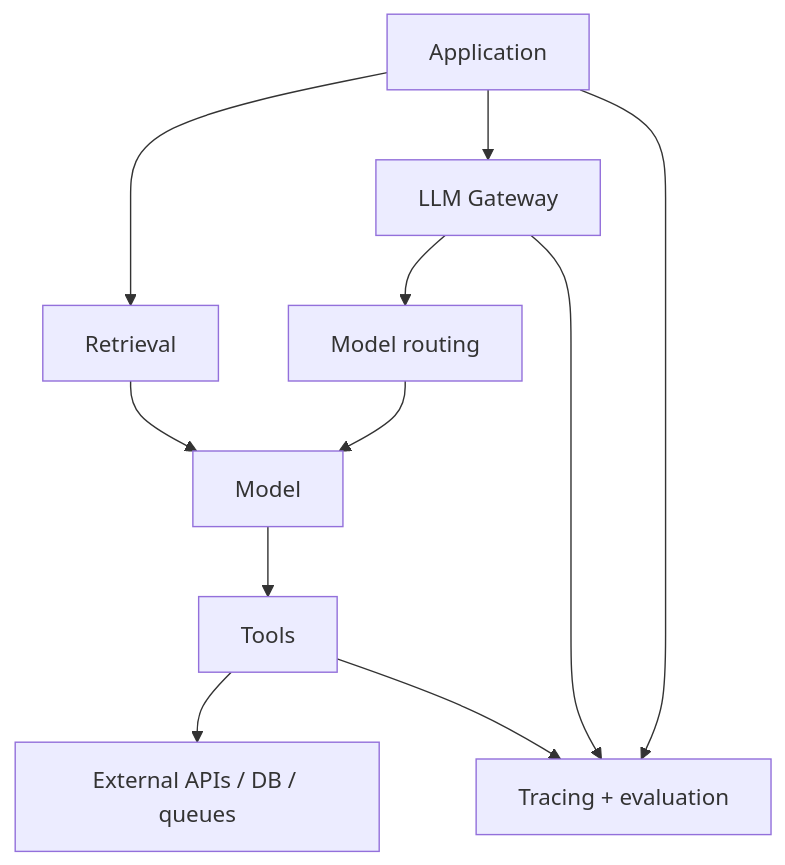
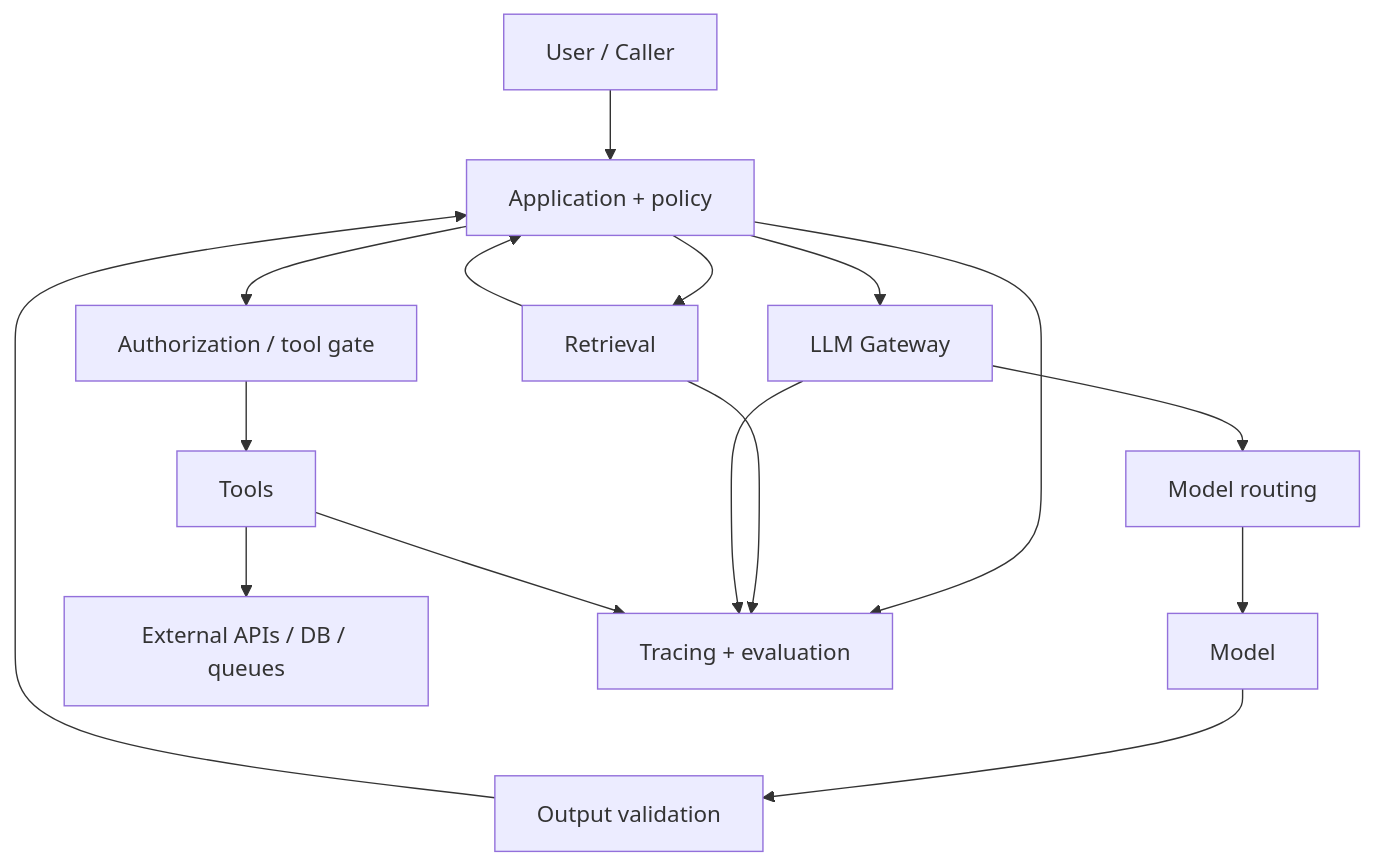
The diagram in ai-engineering/README.md (blasther12/alexandria), drawn with Mermaid before and after one commit. The commit also changed other lines of this file, not shown here.

````diff
--- a/ai-engineering/README.md
+++ b/ai-engineering/README.md
@@ -7,13 +16,18 @@
 ```mermaid
 flowchart TD
-    APP[Application] --> GW[LLM Gateway]
+    USER[User / Caller] --> APP[Application + policy]
+    APP --> RET[Retrieval]
+    APP --> GW[LLM Gateway]
+    RET --> APP
     GW --> ROUTE[Model routing]
     ROUTE --> MODEL[Model]
-    MODEL --> TOOLS[Tools]
+    MODEL --> VALIDATE[Output validation]
+    VALIDATE --> APP
+    APP --> GATE[Authorization / tool gate]
+    GATE --> TOOLS[Tools]
     TOOLS --> API[External APIs / DB / queues]
-    APP --> RET[Retrieval]
-    RET --> MODEL
     APP --> EVAL[Tracing + evaluation]
+    RET --> EVAL
     GW --> EVAL
     TOOLS --> EVAL
 ```
````
